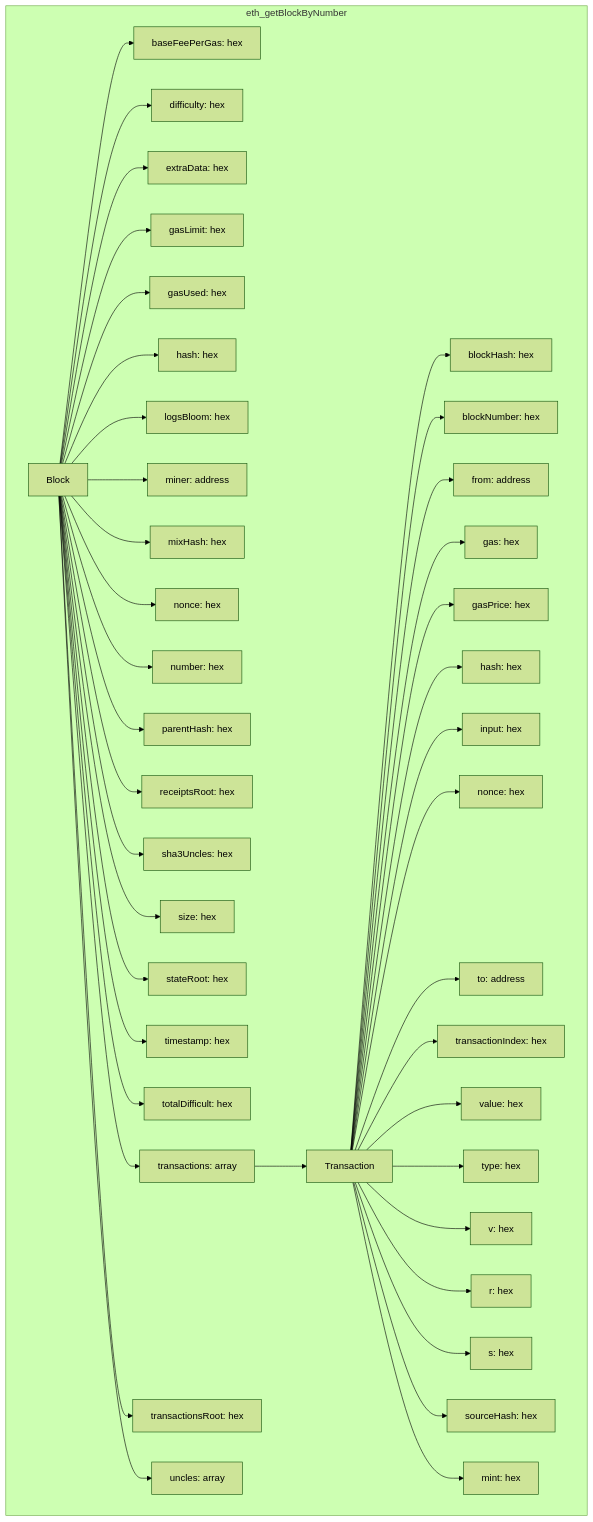
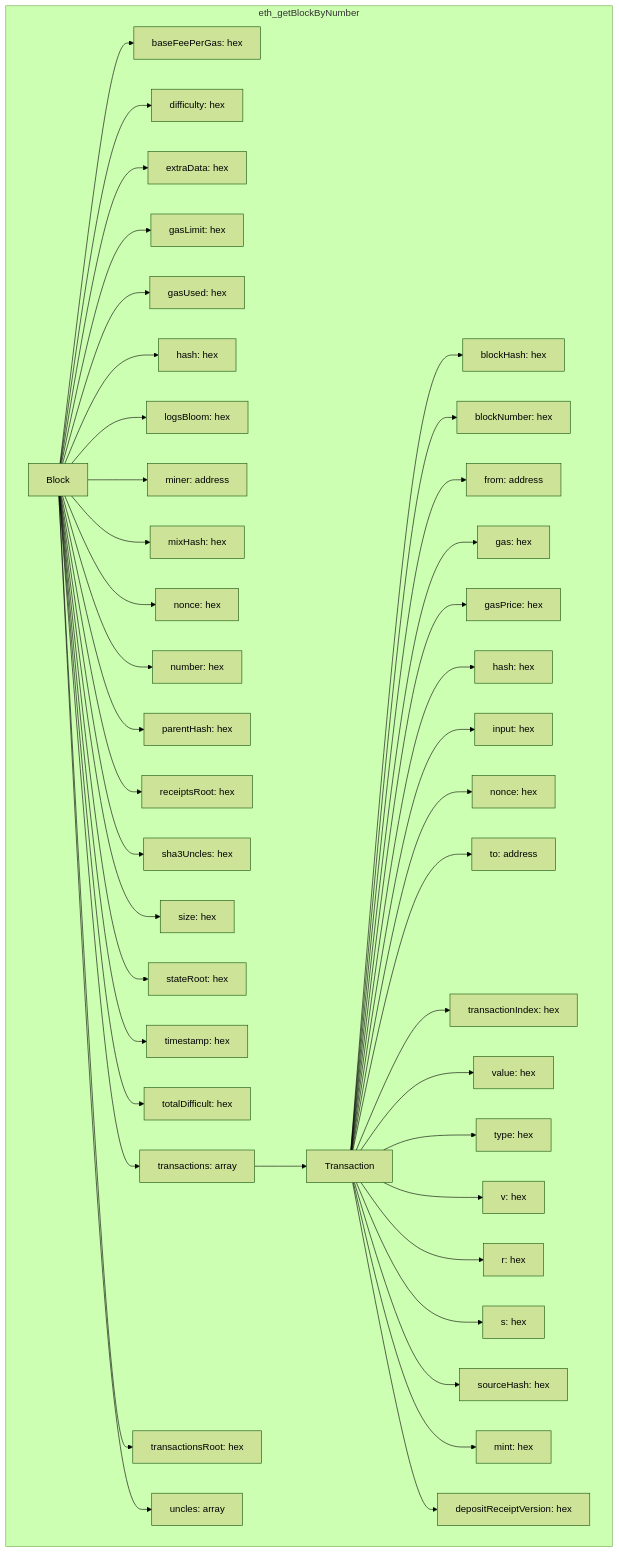
One commit to mportdata/evm-data-model changed the diagram in models/layer_1_brz/eth_getBlockByNumber.md. Above: the diagram before and after it, drawn with Mermaid (forest theme). The commit also changed 1 other file, not shown here.

Commit message:
finalised bronze model fields

````diff
--- a/models/layer_1_brz/eth_getBlockByNumber.md
+++ b/models/layer_1_brz/eth_getBlockByNumber.md
@@ -1,45 +1,46 @@
 ```mermaid
 graph TD
     subgraph eth_getBlockByNumber
-        Block[Block] --> BaseFee[baseFeePerGas: hex]
+        Block[Block] --> BaseFeePerGas[baseFeePerGas: hex]
         Block --> Difficulty[difficulty: hex]
         Block --> ExtraData[extraData: hex]
         Block --> GasLimit[gasLimit: hex]
         Block --> GasUsed[gasUsed: hex]
         Block --> Hash[hash: hex]
         Block --> LogsBloom[logsBloom: hex]
         Block --> Miner[miner: address]
         Block --> MixHash[mixHash: hex]
         Block --> Nonce[nonce: hex]
         Block --> Number[number: hex]
         Block --> ParentHash[parentHash: hex]
         Block --> ReceiptsRoot[receiptsRoot: hex]
         Block --> Sha3Uncles[sha3Uncles: hex]
         Block --> Size[size: hex]
         Block --> StateRoot[stateRoot: hex]
         Block --> Timestamp[timestamp: hex]
         Block --> TotalDifficulty[totalDifficult: hex]
         Block --> Txs[transactions: array]
         Block --> TxsRoot[transactionsRoot: hex]
         Block --> Uncles[uncles: array]
 
         Txs --> Tx[Transaction]
         Tx --> BlockHash[blockHash: hex]
         Tx --> BlockNumber[blockNumber: hex]
         Tx --> From[from: address]
         Tx --> Gas[gas: hex]
         Tx --> GasPrice[gasPrice: hex]
         Tx --> TxHash[hash: hex]
         Tx --> Input[input: hex]
         Tx --> TxNonce[nonce: hex]
         Tx --> To[to: address]
         Tx --> TxIndex[transactionIndex: hex]
         Tx --> Value[value: hex]
         Tx --> Type[type: hex]
         Tx --> V[v: hex]
         Tx --> R[r: hex]
         Tx --> S[s: hex]
         Tx --> SourceHash[sourceHash: hex]
         Tx --> Mint[mint: hex]
+        Tx --> DepositReceiptVersion[depositReceiptVersion: hex]
     end
 ```
````
